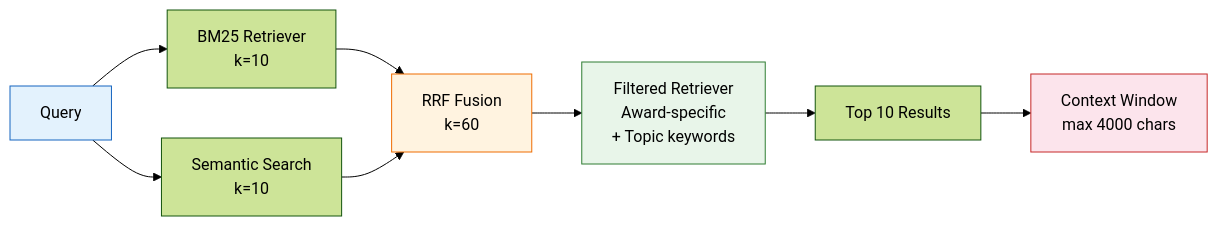
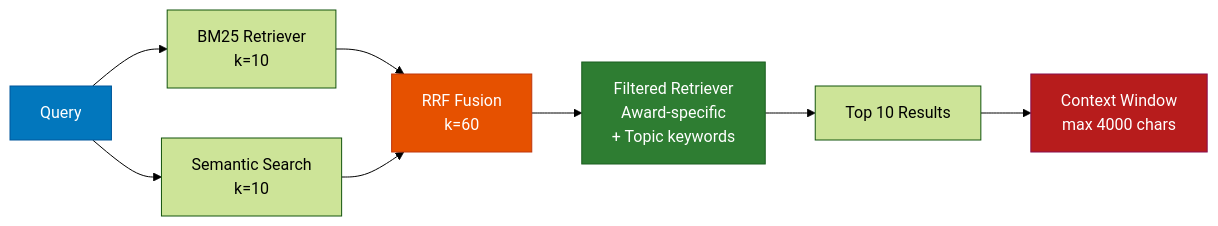
Before and after one commit to Ayyankhan101/Fair-Work-Rag-Assistant: the third of 3 diagrams in README.md, drawn with Mermaid (forest theme). The commit also changed other lines of this file, not shown here.

Commit message:
Fix Mermaid graph colors for better readability

````diff
--- a/README.md
+++ b/README.md
@@ -178,15 +178,15 @@
 ```mermaid
 graph LR
     Q[Query] --> BM25[BM25 Retriever<br/>k=10]
     Q --> SEM[Semantic Search<br/>k=10]
     BM25 --> RRF[RRF Fusion<br/>k=60]
     SEM --> RRF
     RRF --> FIL[Filtered Retriever<br/>Award-specific<br/>+ Topic keywords]
     FIL --> TOP[Top 10 Results]
     TOP --> CTX[Context Window<br/>max 4000 chars]
     
-    style Q fill:#e3f2fd,stroke:#1565c0
-    style RRF fill:#fff3e0,stroke:#ef6c00
-    style FIL fill:#e8f5e9,stroke:#2e7d32
-    style CTX fill:#fce4ec,stroke:#c62828
+    style Q fill:#0277bd,stroke:#01579b,color:#fff
+    style RRF fill:#e65100,stroke:#bf360c,color:#fff
+    style FIL fill:#2e7d32,stroke:#1b5e20,color:#fff
+    style CTX fill:#b71c1c,stroke:#880e4f,color:#fff
 ```
````
